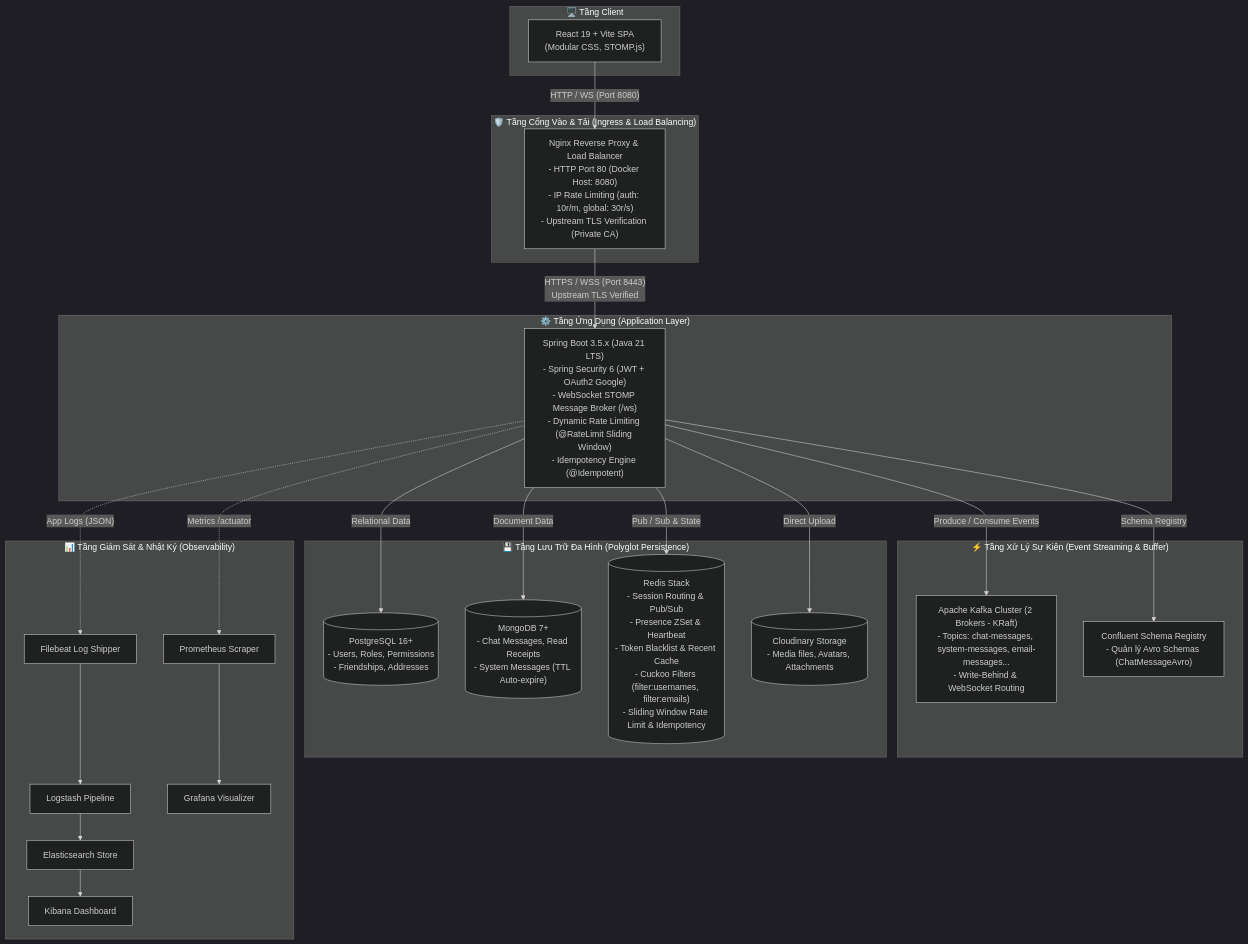
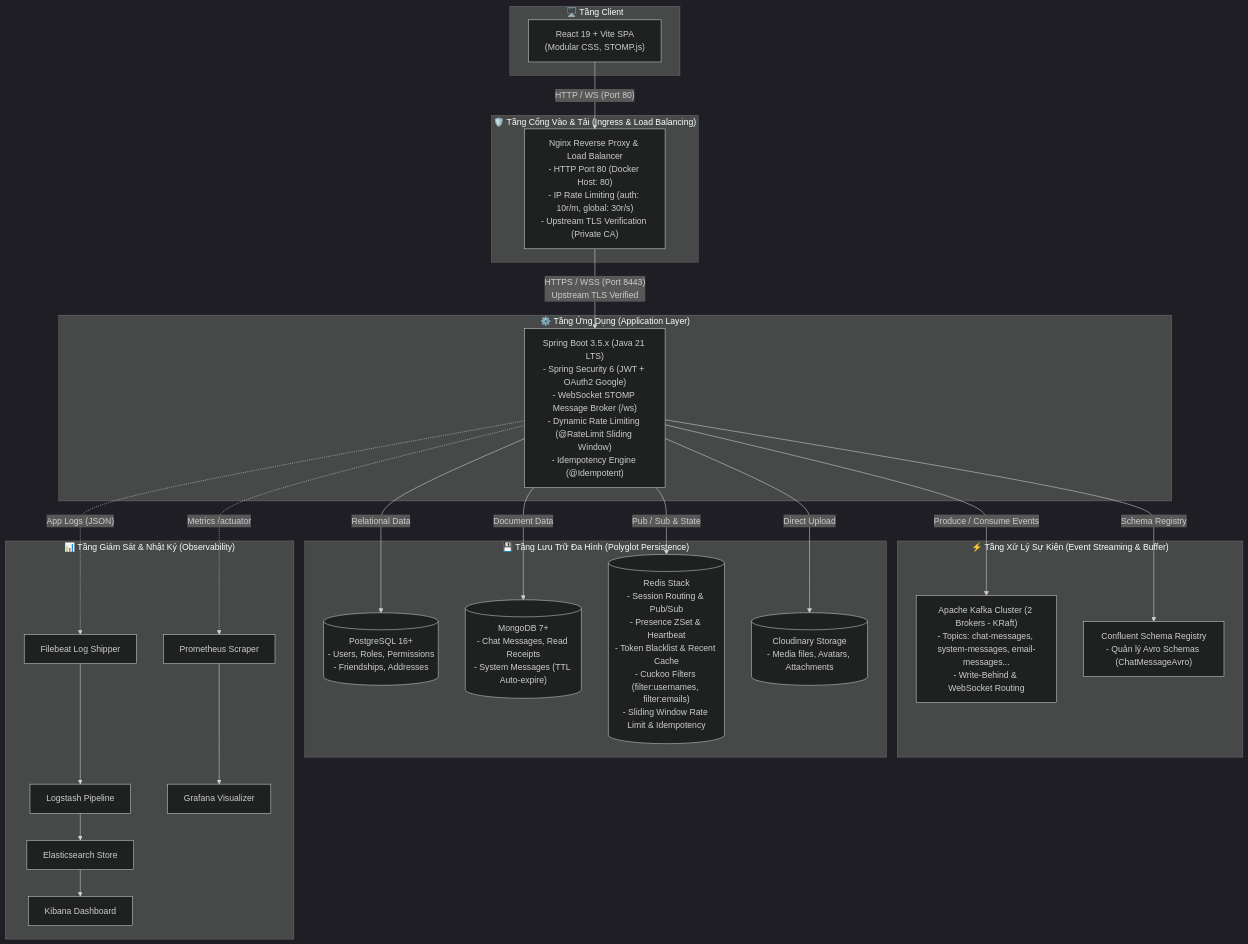
Before and after one commit to phwkha/ChatWeb-RealTime: the diagram in docs/architecture/01-system-overview.md, drawn with Mermaid (dark theme). The commit also changed 5 other files, not shown here.

````diff
--- a/docs/architecture/01-system-overview.md
+++ b/docs/architecture/01-system-overview.md
@@ -11,43 +11,43 @@
 ```mermaid
 graph TB
     subgraph ClientLayer["🖥️ Tầng Client"]
         WebClient["React 19 + Vite SPA<br/>(Modular CSS, STOMP.js)"]
     end
 
     subgraph IngressLayer["🛡️ Tầng Cổng Vào & Tải (Ingress & Load Balancing)"]
-        Nginx["Nginx Reverse Proxy & Load Balancer<br/>- HTTP Port 80 (Docker Host: 8080)<br/>- IP Rate Limiting (auth: 10r/m, global: 30r/s)<br/>- Upstream TLS Verification (Private CA)"]
+        Nginx["Nginx Reverse Proxy & Load Balancer<br/>- HTTP Port 80 (Docker Host: 80)<br/>- IP Rate Limiting (auth: 10r/m, global: 30r/s)<br/>- Upstream TLS Verification (Private CA)"]
     end
 
     subgraph AppLayer["⚙️ Tầng Ứng Dụng (Application Layer)"]
         Backend["Spring Boot 3.5.x (Java 21 LTS)<br/>- Spring Security 6 (JWT + OAuth2 Google)<br/>- WebSocket STOMP Message Broker (/ws)<br/>- Dynamic Rate Limiting (@RateLimit Sliding Window)<br/>- Idempotency Engine (@Idempotent)"]
     end
 
     subgraph EventLayer["⚡ Tầng Xử Lý Sự Kiện (Event Streaming & Buffer)"]
         Kafka["Apache Kafka Cluster (2 Brokers - KRaft)<br/>- Topics: chat-messages, system-messages, email-messages...<br/>- Write-Behind & WebSocket Routing"]
         SchemaRegistry["Confluent Schema Registry<br/>- Quản lý Avro Schemas (ChatMessageAvro)"]
     end
 
     subgraph StorageLayer["💾 Tầng Lưu Trữ Đa Hình (Polyglot Persistence)"]
         Postgres[("PostgreSQL 16+<br/>- Users, Roles, Permissions<br/>- Friendships, Addresses")]
         Mongo[("MongoDB 7+<br/>- Chat Messages, Read Receipts<br/>- System Messages (TTL Auto-expire)")]
         Redis[("Redis Stack<br/>- Session Routing & Pub/Sub<br/>- Presence ZSet & Heartbeat<br/>- Token Blacklist & Recent Cache<br/>- Cuckoo Filters (filter:usernames, filter:emails)<br/>- Sliding Window Rate Limit & Idempotency")]
         Cloudinary[("Cloudinary Storage<br/>- Media files, Avatars, Attachments")]
     end
 
     subgraph ObservabilityLayer["📊 Tầng Giám Sát & Nhật Ký (Observability)"]
         Filebeat["Filebeat Log Shipper"] --> Logstash["Logstash Pipeline"] --> Elasticsearch["Elasticsearch Store"] --> Kibana["Kibana Dashboard"]
         Prometheus["Prometheus Scraper"] --> Grafana["Grafana Visualizer"]
         Backend -. "Metrics /actuator" .-> Prometheus
         Backend -. "App Logs (JSON)" .-> Filebeat
     end
 
     %% Network Connections
-    WebClient -->|"HTTP / WS (Port 8080)"| Nginx
+    WebClient -->|"HTTP / WS (Port 80)"| Nginx
     Nginx -->|"HTTPS / WSS (Port 8443)<br/>Upstream TLS Verified"| Backend
     Backend -->|"Pub / Sub & State"| Redis
     Backend -->|"Relational Data"| Postgres
     Backend -->|"Document Data"| Mongo
     Backend -->|"Produce / Consume Events"| Kafka
     Backend -->|"Schema Registry"| SchemaRegistry
     Backend -->|"Direct Upload"| Cloudinary
 ```
````
